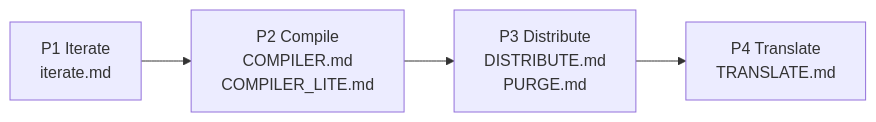
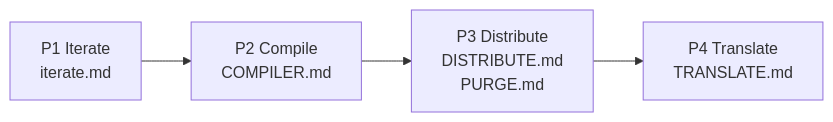
Before and after one commit to share-skills/pi: the second of 2 diagrams in docs/WHY_COMPILER.en.md, drawn with Mermaid. The commit also changed other lines of this file and 26 other files, not shown here.

````diff
--- a/docs/WHY_COMPILER.en.md
+++ b/docs/WHY_COMPILER.en.md
@@ -158,6 +96,6 @@
 ```mermaid
 flowchart LR
-    P1["P1 Iterate<br/>iterate.md"] --> P2["P2 Compile<br/>COMPILER.md<br/>COMPILER_LITE.md"]
+    P1["P1 Iterate<br/>iterate.md"] --> P2["P2 Compile<br/>COMPILER.md"]
     P2 --> P3["P3 Distribute<br/>DISTRIBUTE.md<br/>PURGE.md"]
     P3 --> P4["P4 Translate<br/>TRANSLATE.md"]
 ```
````
